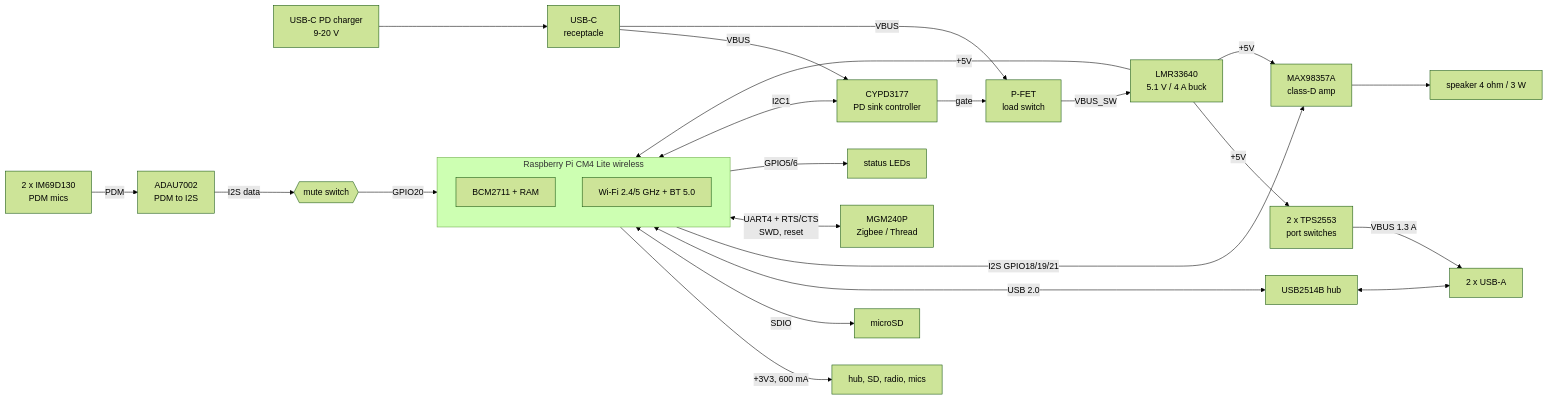
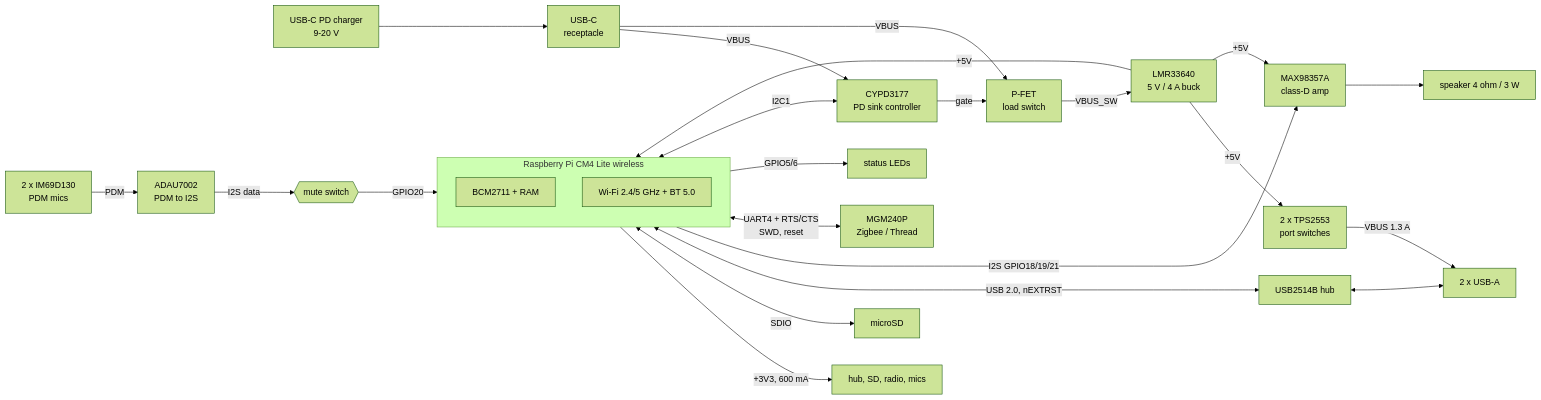
The first of 2 diagrams in README.md (geilevideossos-gamedev/fable-sbc-test), drawn with Mermaid (forest theme) before and after one commit. The commit also changed other lines of this file and 89 other files, not shown here.

````diff
--- a/README.md
+++ b/README.md
@@ -36,32 +42,32 @@
 ```mermaid
 flowchart LR
     PD[USB-C PD charger<br/>9-20 V] --> J1[USB-C<br/>receptacle]
     J1 -->|VBUS| BCR[CYPD3177<br/>PD sink controller]
     J1 -->|VBUS| Q1[P-FET<br/>load switch]
     BCR -->|gate| Q1
-    Q1 -->|VBUS_SW| BUCK[LMR33640<br/>5.1 V / 4 A buck]
+    Q1 -->|VBUS_SW| BUCK[LMR33640<br/>5 V / 4 A buck]
     BUCK -->|+5V| CM4
     BUCK -->|+5V| SW[2 x TPS2553<br/>port switches]
     BUCK -->|+5V| AMP[MAX98357A<br/>class-D amp]
 
     subgraph CM4[Raspberry Pi CM4 Lite wireless]
         SOC[BCM2711 + RAM]
         WIFI[Wi-Fi 2.4/5 GHz + BT 5.0]
     end
     CM4 -->|+3V3, 600 mA| LOADS[hub, SD, radio, mics]
 
     CM4 <-->|SDIO| SD[microSD]
-    CM4 <-->|USB 2.0| HUB[USB2514B hub]
+    CM4 <-->|USB 2.0, nEXTRST| HUB[USB2514B hub]
     HUB <--> USBA[2 x USB-A]
     SW -->|VBUS 1.3 A| USBA
 
     MIC[2 x IM69D130<br/>PDM mics] -->|PDM| ADAU[ADAU7002<br/>PDM to I2S]
     ADAU -->|I2S data| MUTE{{mute switch}}
     MUTE -->|GPIO20| CM4
     CM4 -->|I2S GPIO18/19/21| AMP
     AMP --> SPK[speaker 4 ohm / 3 W]
 
     CM4 <-->|UART4 + RTS/CTS<br/>SWD, reset| ZB[MGM240P<br/>Zigbee / Thread]
     CM4 -->|GPIO5/6| LED[status LEDs]
     CM4 <-->|I2C1| BCR
 ```
````
